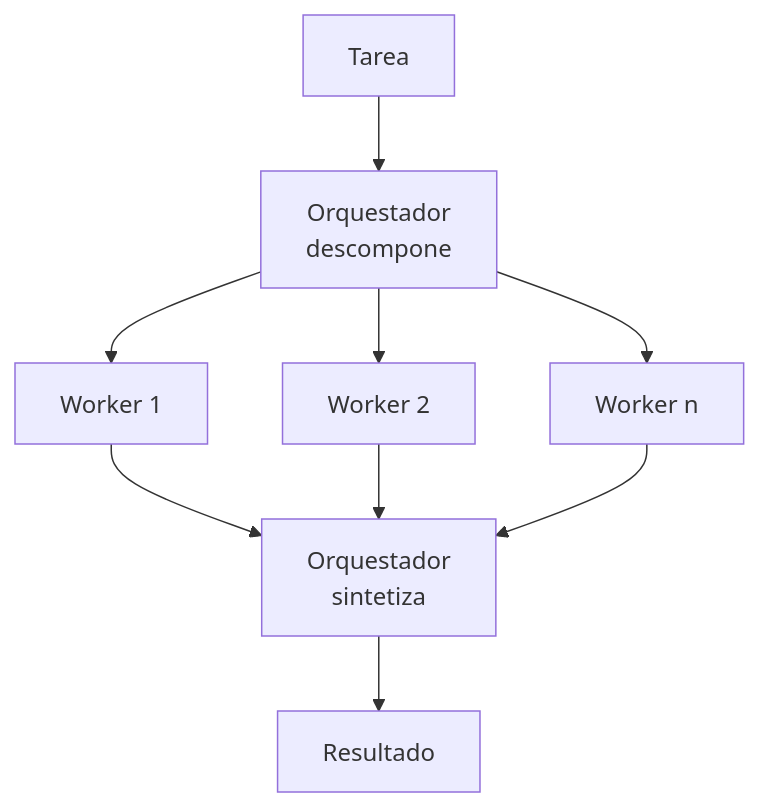
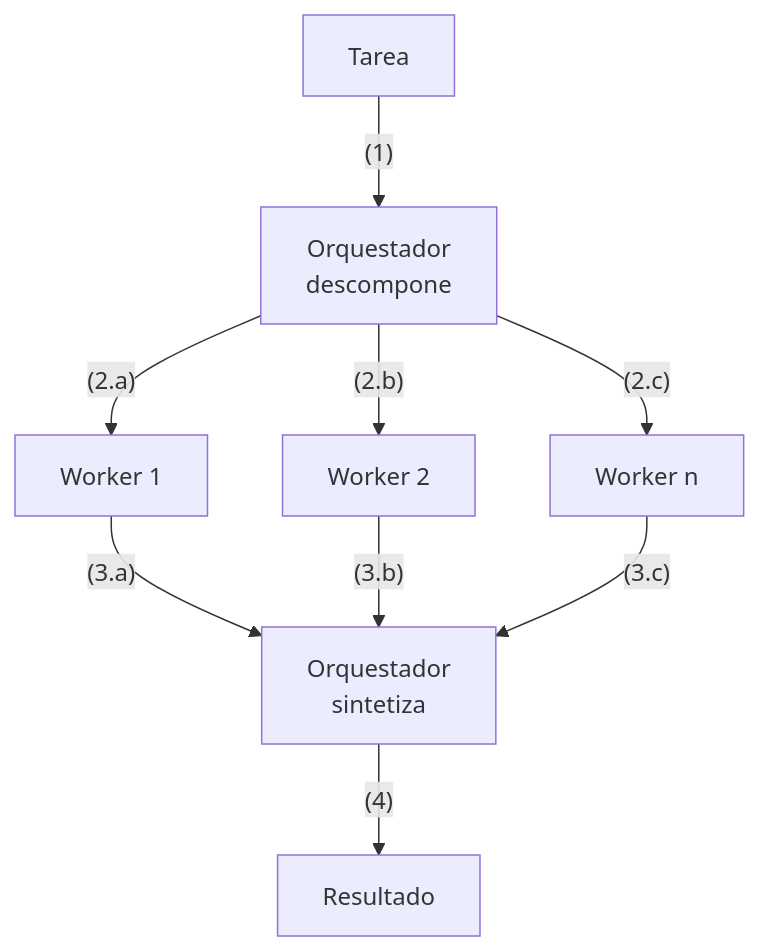
Before and after one commit to whinedo/ai-docs: diagram 13 of 47 in md/Patrones aplicados al desarrollo de agentes.md, drawn with Mermaid. The commit also changed other lines of this file and 12 other files, not shown here.

````diff
--- a/md/Patrones aplicados al desarrollo de agentes.md
+++ b/md/Patrones aplicados al desarrollo de agentes.md
@@ -477,11 +610,11 @@
 ```mermaid
 flowchart TB
-  IN["Tarea"] --> O["Orquestador<br/>descompone"]
-  O --> W1["Worker 1"]
-  O --> W2["Worker 2"]
-  O --> W3["Worker n"]
-  W1 --> S["Orquestador<br/>sintetiza"]
-  W2 --> S
-  W3 --> S
-  S --> OUT["Resultado"]
+  IN["Tarea"] -- "(1)" --> O["Orquestador<br/>descompone"]
+  O -- "(2.a)" --> W1["Worker 1"]
+  O -- "(2.b)" --> W2["Worker 2"]
+  O -- "(2.c)" --> W3["Worker n"]
+  W1 -- "(3.a)" --> S["Orquestador<br/>sintetiza"]
+  W2 -- "(3.b)" --> S
+  W3 -- "(3.c)" --> S
+  S -- "(4)" --> OUT["Resultado"]
 ```
````
